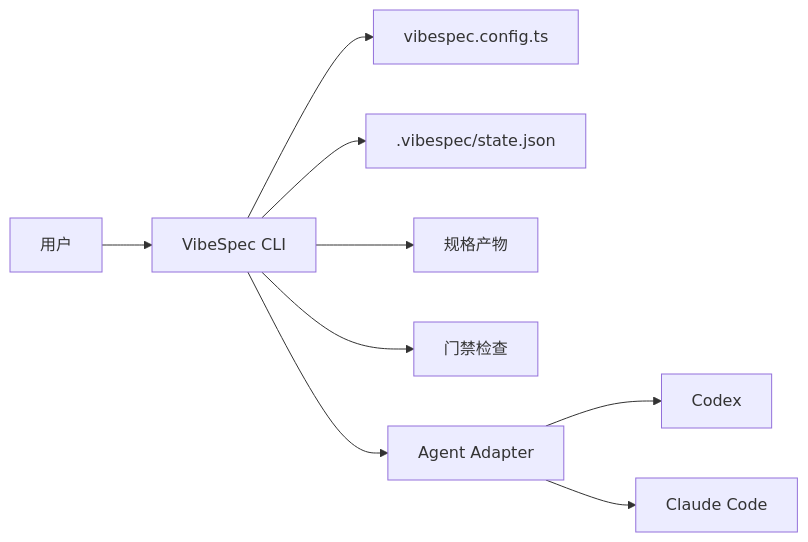
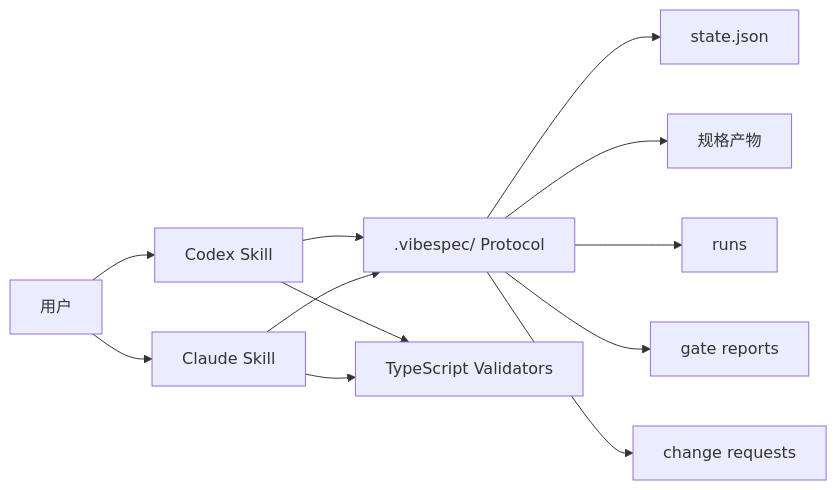
One commit to Wenfeng-GAO/vibespec changed the first of 2 diagrams in docs/workflow.md. Above: the diagram before and after it, drawn with Mermaid. The commit also changed other lines of this file and 4 other files, not shown here.

Commit message:
Shift architecture to skill-native integration

````diff
--- a/docs/workflow.md
+++ b/docs/workflow.md
@@ -27,11 +29,14 @@
 ```mermaid
 flowchart LR
-    U["用户"] --> CLI["VibeSpec CLI"]
-    CLI --> CFG["vibespec.config.ts"]
-    CLI --> STATE[".vibespec/state.json"]
-    CLI --> ART["规格产物"]
-    CLI --> GATE["门禁检查"]
-    CLI --> ADAPTER["Agent Adapter"]
-    ADAPTER --> CODEX["Codex"]
-    ADAPTER --> CLAUDE["Claude Code"]
+    U["用户"] --> CODEX["Codex Skill"]
+    U --> CLAUDE["Claude Skill"]
+    CODEX --> PROTOCOL[".vibespec/ Protocol"]
+    CLAUDE --> PROTOCOL
+    PROTOCOL --> STATE["state.json"]
+    PROTOCOL --> ART["规格产物"]
+    PROTOCOL --> RUNS["runs"]
+    PROTOCOL --> GATES["gate reports"]
+    PROTOCOL --> CR["change requests"]
+    CODEX --> VAL["TypeScript Validators"]
+    CLAUDE --> VAL
 ```
````
